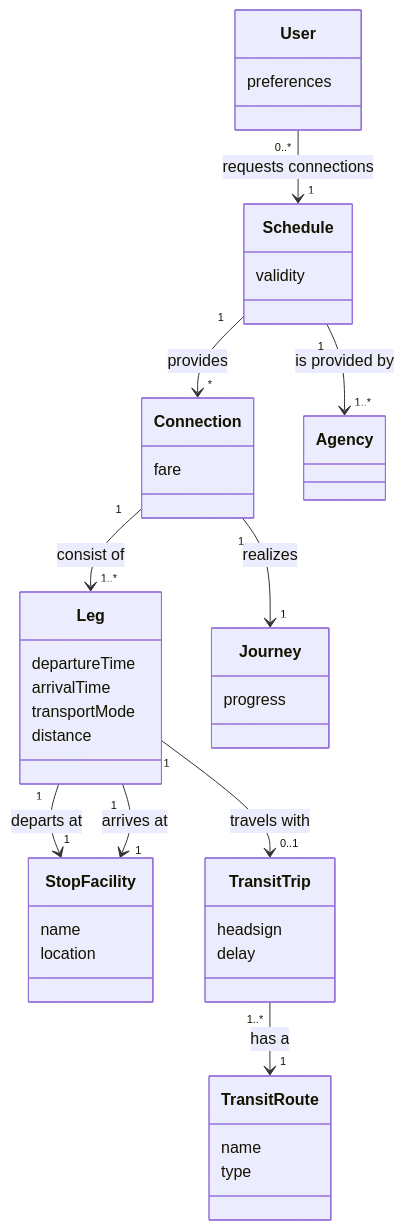
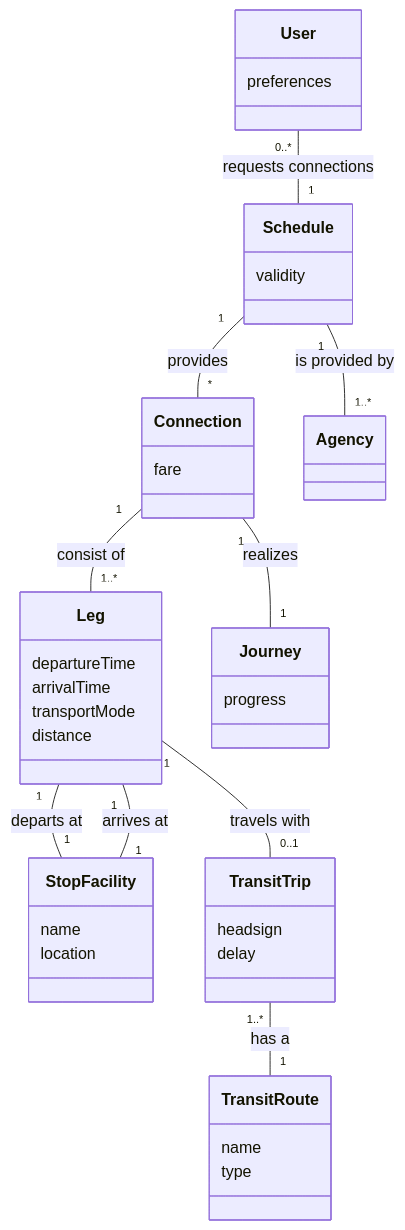
One commit to naviqore/documentation changed the second of 2 diagrams in Writerside/topics/domain-model.md. Above: the diagram before and after it, drawn with Mermaid. The commit also changed other lines of this file and 11 other files, not shown here.

````diff
--- a/Writerside/topics/domain-model.md
+++ b/Writerside/topics/domain-model.md
@@ -62,45 +62,45 @@
 ```mermaid
 classDiagram
     class Schedule {
         validity
     }
     class User {
         preferences
     }
     class Connection {
         fare
     }
     class StopFacility {
         name
         location
     }
     class Leg {
         departureTime
         arrivalTime
         transportMode
         distance
     }
     class Journey {
         progress
     }
     class TransitRoute {
         name
         type
     }
     class TransitTrip {
         headsign
         delay
     }
 
-    Schedule "1" --> "1..*" Agency: is provided by
-    User "0..*" --> "1" Schedule: requests connections
-    Schedule "1" --> "*" Connection: provides
-    Connection "1" --> "1" Journey: realizes
-    Connection "1" --> "1..*" Leg: consist of
-    Leg "1" --> "1" StopFacility: departs at
-    Leg "1" --> "1" StopFacility: arrives at
-    Leg "1" --> "0..1" TransitTrip: travels with
-    TransitTrip "1..*" --> "1" TransitRoute: has a
+    Schedule "1" -- "1..*" Agency: is provided by
+    User "0..*" -- "1" Schedule: requests connections
+    Schedule "1" -- "*" Connection: provides
+    Connection "1" -- "1" Journey: realizes
+    Connection "1" -- "1..*" Leg: consist of
+    Leg "1" -- "1" StopFacility: departs at
+    Leg "1" -- "1" StopFacility: arrives at
+    Leg "1" -- "0..1" TransitTrip: travels with
+    TransitTrip "1..*" -- "1" TransitRoute: has a
 
 
 ```
````
